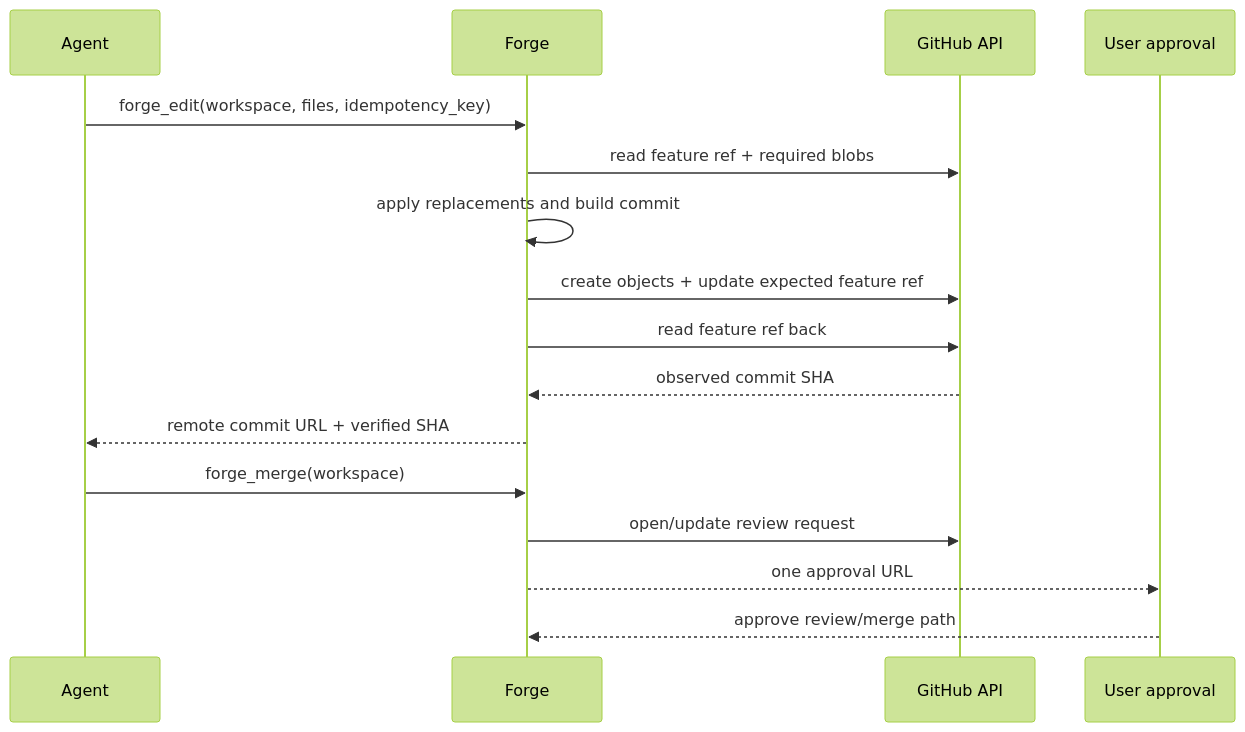
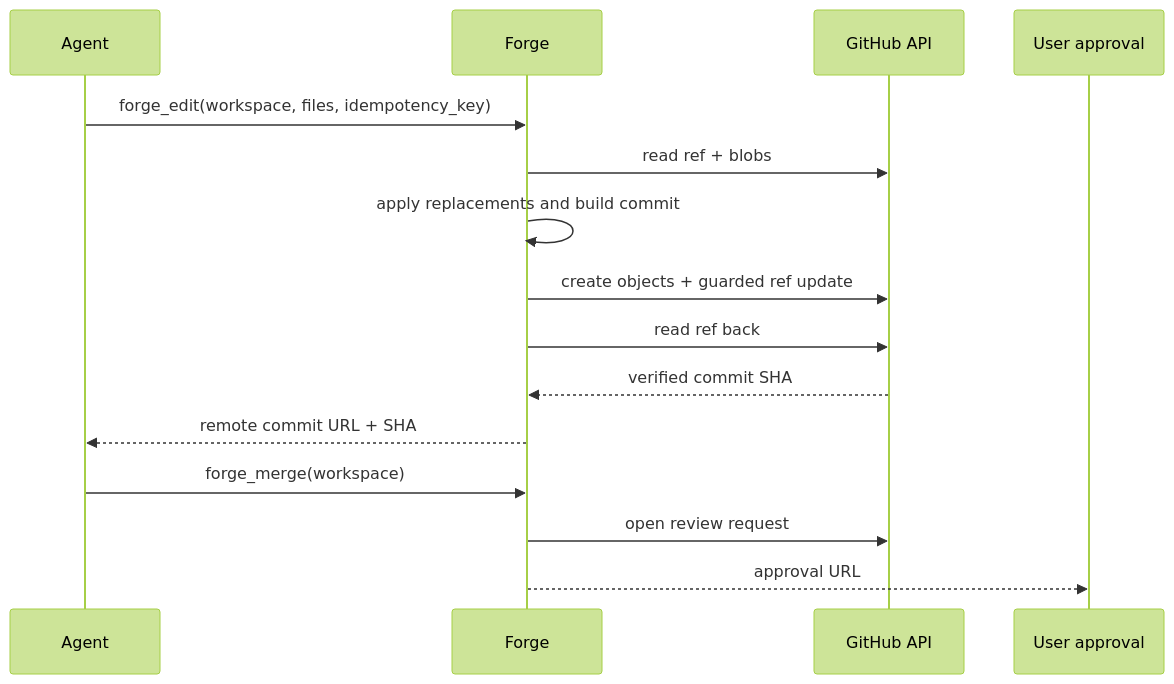
The third of 4 diagrams in docs/architecture/sequences.md (timc0y/forge-mcp), drawn with Mermaid (forest theme) before and after one commit. The commit also changed other lines of this file and 35 other files, not shown here.

````diff
--- a/docs/architecture/sequences.md
+++ b/docs/architecture/sequences.md
@@ -55,19 +38,18 @@
 ```mermaid
 sequenceDiagram
   participant A as Agent
   participant F as Forge
   participant GH as GitHub API
   participant U as User approval
 
   A->>F: forge_edit(workspace, files, idempotency_key)
-  F->>GH: read feature ref + required blobs
+  F->>GH: read ref + blobs
   F->>F: apply replacements and build commit
-  F->>GH: create objects + update expected feature ref
-  F->>GH: read feature ref back
-  GH-->>F: observed commit SHA
-  F-->>A: remote commit URL + verified SHA
+  F->>GH: create objects + guarded ref update
+  F->>GH: read ref back
+  GH-->>F: verified commit SHA
+  F-->>A: remote commit URL + SHA
   A->>F: forge_merge(workspace)
-  F->>GH: open/update review request
-  F-->>U: one approval URL
-  U-->>F: approve review/merge path
+  F->>GH: open review request
+  F-->>U: approval URL
 ```
````
